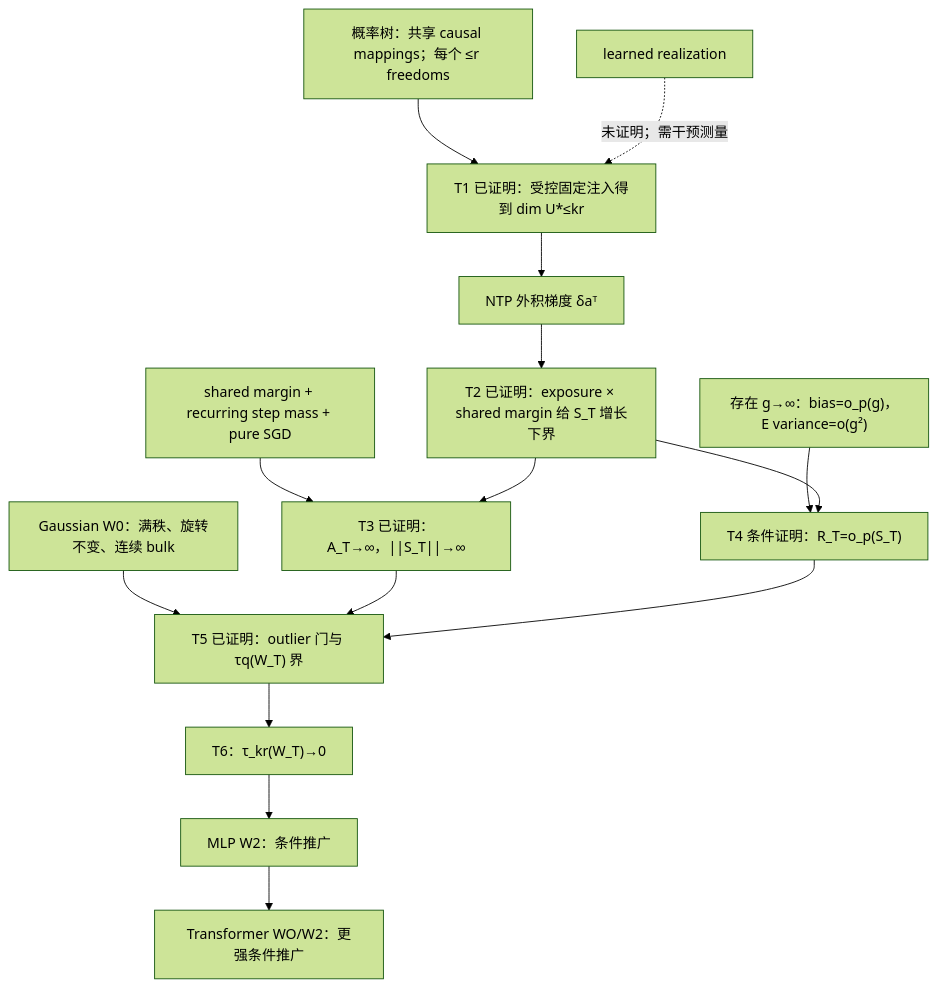
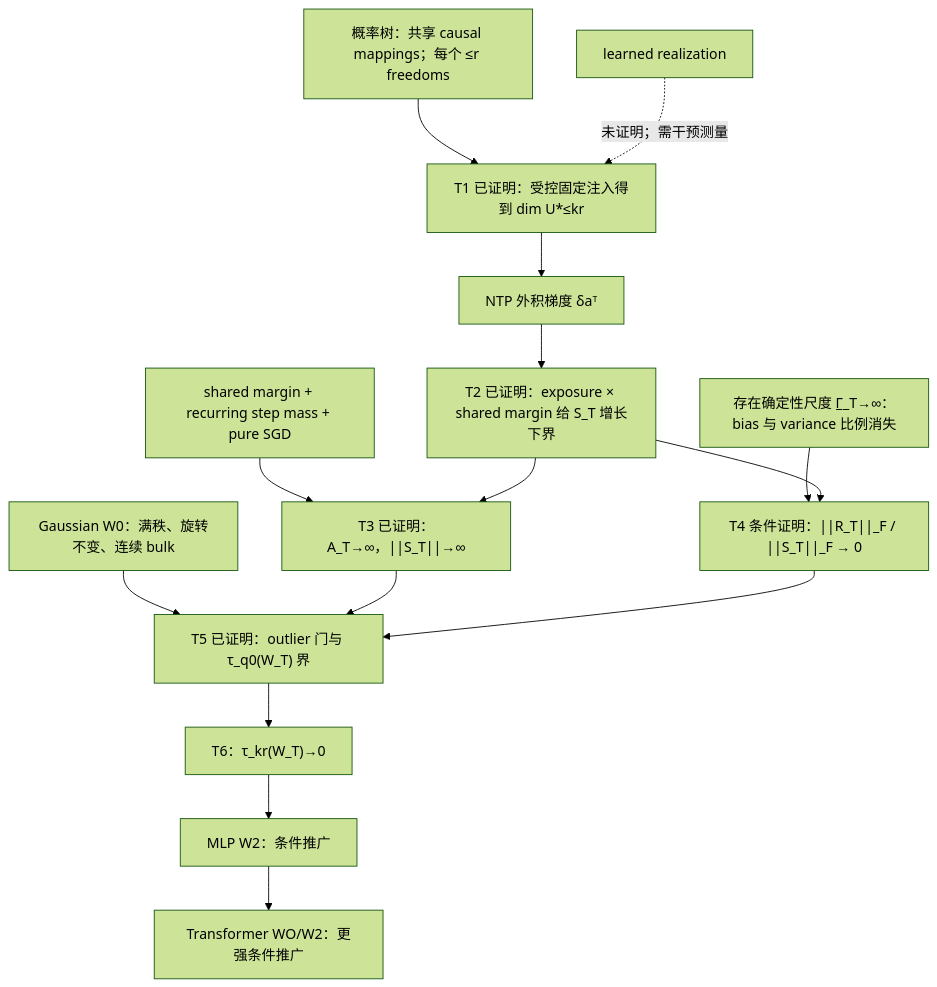
One commit to Frandium/kv_cache changed the diagram in xyDeng/sync/2026-07-28/a14_probability_tree_ntp_low_rank_parameter_update/02_证明附录.md. Above: the diagram before and after it, drawn with Mermaid (forest theme). The commit also changed other lines of this file and 4 other files, not shown here.

```diff
--- a/xyDeng/sync/2026-07-28/a14_probability_tree_ntp_low_rank_parameter_update/02_证明附录.md
+++ b/xyDeng/sync/2026-07-28/a14_probability_tree_ntp_low_rank_parameter_update/02_证明附录.md
@@ -937,17 +969,17 @@
 ~~~mermaid
 flowchart TD
     P["概率树：共享 causal mappings；每个 ≤r freedoms"] --> T1["T1 已证明：受控固定注入得到 dim U*≤kr"]
     H["learned realization"] -. "未证明；需干预测量" .-> T1
     T1 --> G["NTP 外积梯度 δaᵀ"]
     G --> T2["T2 已证明：exposure × shared margin 给 S_T 增长下界"]
     SGD["shared margin + recurring step mass + pure SGD"] --> T3["T3 已证明：A_T→∞，||S_T||→∞"]
     T2 --> T3
-    LEAK["存在 g→∞：bias=o_p(g)，E variance=o(g²)"] --> T4["T4 条件证明：R_T=o_p(S_T)"]
+    LEAK["存在确定性尺度 Γ̲_T→∞：bias 与 variance 比例消失"] --> T4["T4 条件证明：||R_T||_F / ||S_T||_F → 0"]
     T2 --> T4
-    INIT["Gaussian W0：满秩、旋转不变、连续 bulk"] --> T5["T5 已证明：outlier 门与 τq(W_T) 界"]
+    INIT["Gaussian W0：满秩、旋转不变、连续 bulk"] --> T5["T5 已证明：outlier 门与 τ_q0(W_T) 界"]
     T3 --> T5
     T4 --> T5
     T5 --> MAIN["T6：τ_kr(W_T)→0"]
     MAIN --> MLP["MLP W2：条件推广"]
     MLP --> TR["Transformer WO/W2：更强条件推广"]
 ~~~
```
